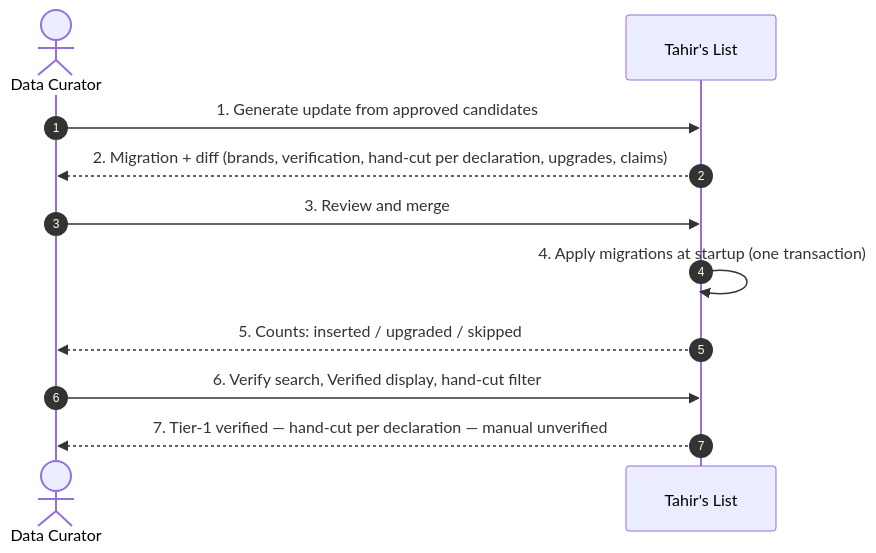
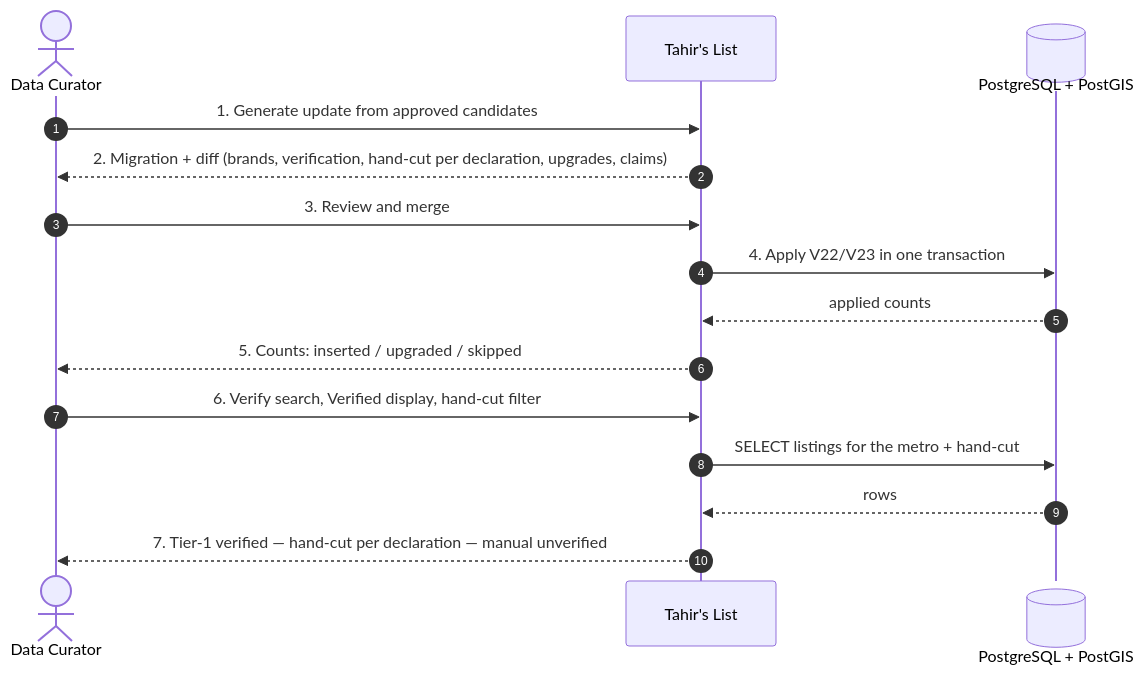
Before and after one commit to Losers-Lab/tahirs-list: the first of 7 diagrams in docs/features/SC-211/04-blackbox/UC-03-load-reviewed-batch.md, drawn with Mermaid. The commit also changed other lines of this file and 10 other files, not shown here.

Commit message:
[SC-211] Apply diagram actor and data-store conventions

````diff
--- a/docs/features/SC-211/04-blackbox/UC-03-load-reviewed-batch.md
+++ b/docs/features/SC-211/04-blackbox/UC-03-load-reviewed-batch.md
@@ -6,13 +6,17 @@
 ```mermaid
 sequenceDiagram
   autonumber
   actor DC as Data Curator
   participant TL as Tahir's List
+  participant DB@{ "type": "database" } as PostgreSQL + PostGIS
   DC->>TL: 1. Generate update from approved candidates
   TL-->>DC: 2. Migration + diff (brands, verification, hand-cut per declaration, upgrades, claims)
   DC->>TL: 3. Review and merge
-  TL->>TL: 4. Apply migrations at startup (one transaction)
+  TL->>DB: 4. Apply V22/V23 in one transaction
+  DB-->>TL: applied counts
   TL-->>DC: 5. Counts: inserted / upgraded / skipped
   DC->>TL: 6. Verify search, Verified display, hand-cut filter
+  TL->>DB: SELECT listings for the metro + hand-cut
+  DB-->>TL: rows
   TL-->>DC: 7. Tier-1 verified — hand-cut per declaration — manual unverified
 ```
````
